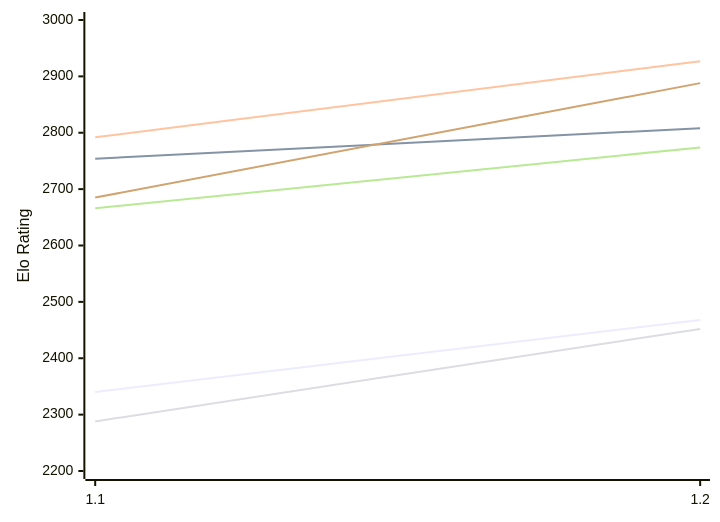
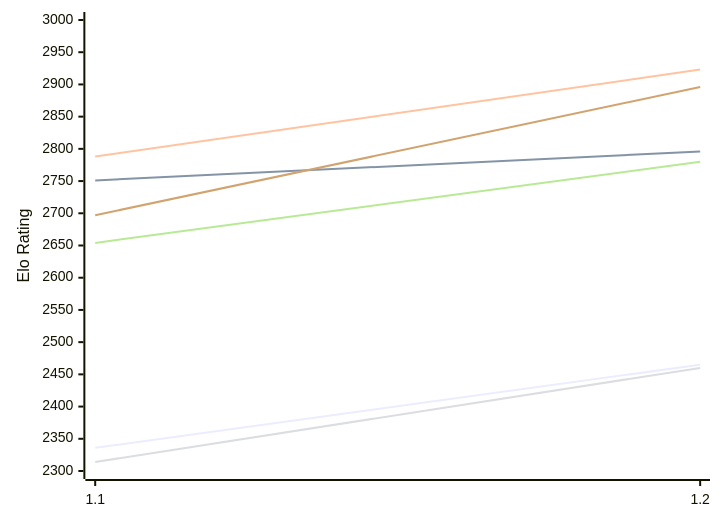
Before and after one commit to computer-chess-index/cci: the first of 2 diagrams in engines/FoxChess.md, drawn with Mermaid. The commit also changed other lines of this file, not shown here.

Commit message:
Update CCI Ratings (ELO VLTC) - 2026-11-21

````diff
--- a/engines/FoxChess.md
+++ b/engines/FoxChess.md
@@ -51,12 +51,12 @@
 ```mermaid
 %%{init: {"theme":"base","themeVariables":{"seriesColors:['#a3a3a3','#222221','#faa371']}}}%%
 xychart-beta
   x-axis ["1.1", "1.2"]
-  y-axis "Elo Rating" 2200 --> 3000
-  line "E1: STC (8.0+0.08s)" [2340, 2468]
-  line "E1: LTC (60.0+0.60s)" [2754, 2808]
-  line "E1: VLTC (2m24s+1.12s)" [2792, 2927]
-  line "P1: STC (8.0+0.08s)" [2288, 2452]
-  line "P1: LTC (60.0+0.60s)" [2666, 2774]
-  line "P1: VLTC (2m24s+1.12s)" [2685, 2888]
+  y-axis "Elo Rating" 2300 --> 3000
+  line "E1: STC (8.0+0.08s)" [2336, 2465]
+  line "E1: LTC (60.0+0.60s)" [2751, 2796]
+  line "E1: VLTC (2m24s+1.12s)" [2788, 2923]
+  line "P1: STC (8.0+0.08s)" [2314, 2460]
+  line "P1: LTC (60.0+0.60s)" [2654, 2780]
+  line "P1: VLTC (2m24s+1.12s)" [2697, 2896]
 ```
````
